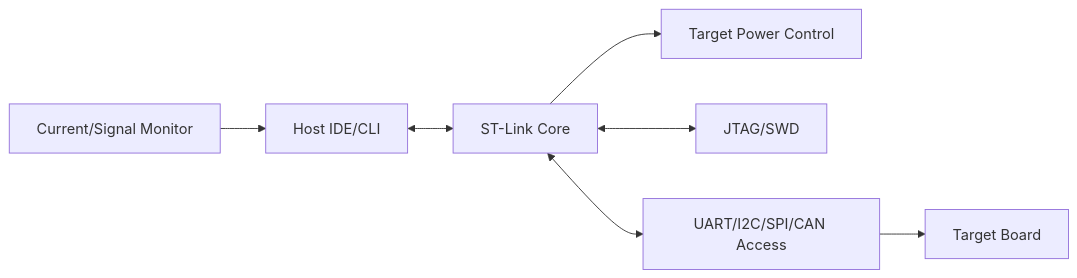
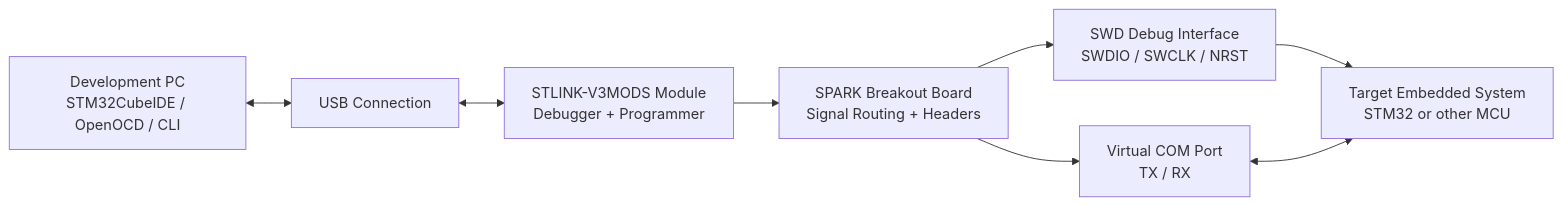
One commit to zcohen-nerd/Portfolio changed the diagram in projects/stlink-v3mods.md. Above: the diagram before and after it, drawn with Mermaid. The commit also changed other lines of this file and 9 other files, not shown here.

````diff
--- a/projects/stlink-v3mods.md
+++ b/projects/stlink-v3mods.md
@@ -30,9 +37,28 @@
 ```mermaid
 flowchart LR
-  HOST[Host IDE/CLI] <--> CORE[ST-Link Core]
-  CORE --> PWR[Target Power Control]
-  CORE <--> DBG[JTAG/SWD]
-  CORE <--> IFACE[UART/I2C/SPI/CAN Access]
-  IFACE --> TARGET[Target Board]
-  MON[Current/Signal Monitor] --> HOST
+
+  HOST[Development PC<br/>STM32CubeIDE / OpenOCD / CLI]
+
+  USB[USB Connection]
+
+  STLINK[STLINK-V3MODS Module<br/>Debugger + Programmer]
+
+  SPARK[SPARK Breakout Board<br/>Signal Routing + Headers]
+
+  SWD[SWD Debug Interface<br/>SWDIO / SWCLK / NRST]
+
+  UART[Virtual COM Port<br/>TX / RX]
+
+  TARGET[Target Embedded System<br/>STM32 or other MCU]
+
+  HOST <--> USB
+  USB <--> STLINK
+
+  STLINK --> SPARK
+
+  SPARK --> SWD
+  SPARK --> UART
+
+  SWD --> TARGET
+  UART <--> TARGET
 ```
````
